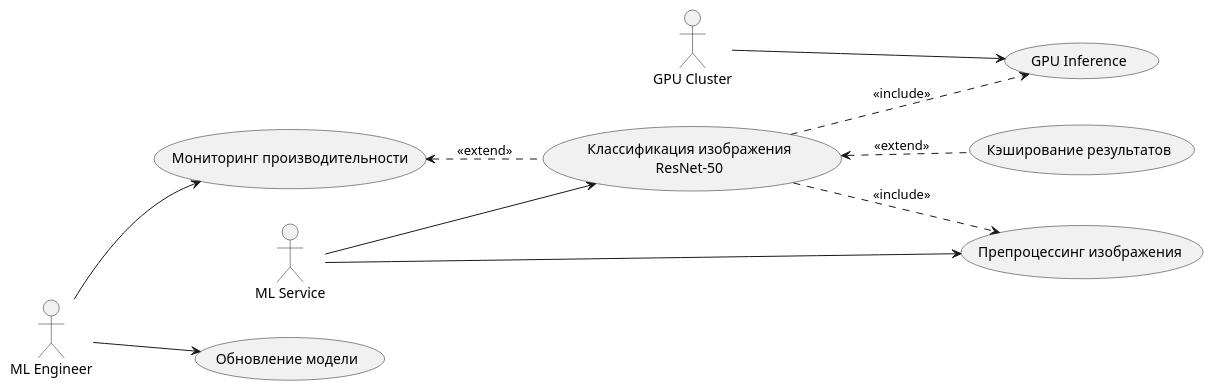
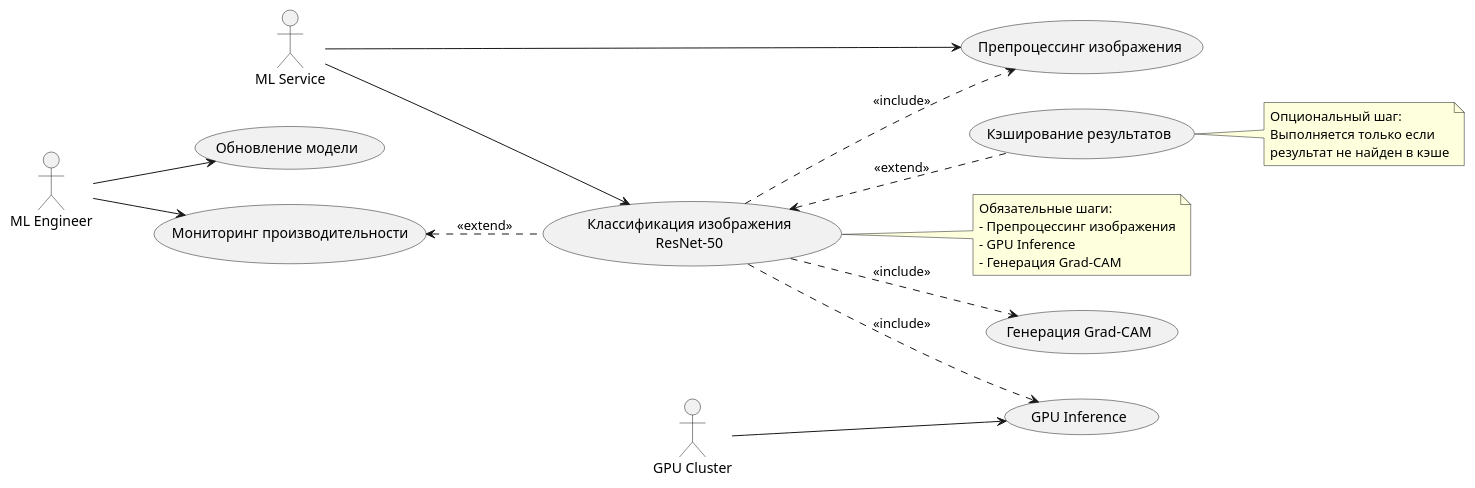
One commit to Edisheri/system-engineering-playbook changed the diagram in diagrams-codes/UML_IMAGE_PROCESSING_1_UseCase.puml. Above: the diagram before and after it, drawn with PlantUML. The commit also changed 10 other files, not shown here.

Commit message:
Add detailed decompositions for IDEF0 (A1, A2), DFD (P1), and update UML diagrams: add activation boxes, synchronous calls, fork/join, and proper include/extend relationships

```diff
--- a/diagrams-codes/UML_IMAGE_PROCESSING_1_UseCase.puml
+++ b/diagrams-codes/UML_IMAGE_PROCESSING_1_UseCase.puml
@@ -1,15 +1,33 @@
 @startuml
 left to right direction
 
-:ML Service: --> (Препроцессинг изображения)
-:ML Service: --> (Классификация изображения\nResNet-50)
-:ML Engineer: --> (Обновление модели)
-:ML Engineer: --> (Мониторинг производительности)
-:GPU Cluster: --> (GPU Inference)
+actor "ML Service" as MLService
+actor "ML Engineer" as MLEngineer
+actor "GPU Cluster" as GPU
+
+MLService --> (Препроцессинг изображения)
+MLService --> (Классификация изображения\nResNet-50)
+MLEngineer --> (Обновление модели)
+MLEngineer --> (Мониторинг производительности)
+GPU --> (GPU Inference)
 
 (Классификация изображения\nResNet-50) ..> (Препроцессинг изображения): <<include>>
 (Классификация изображения\nResNet-50) ..> (GPU Inference): <<include>>
+(Классификация изображения\nResNet-50) ..> (Генерация Grad-CAM): <<include>>
 (Классификация изображения\nResNet-50) <.. (Кэширование результатов): <<extend>>
 (Мониторинг производительности) <.. (Классификация изображения\nResNet-50): <<extend>>
 
+note right of (Классификация изображения\nResNet-50)
+  Обязательные шаги:
+  - Препроцессинг изображения
+  - GPU Inference
+  - Генерация Grad-CAM
+end note
+
+note right of (Кэширование результатов)
+  Опциональный шаг:
+  Выполняется только если
+  результат не найден в кэше
+end note
+
 @enduml
```
